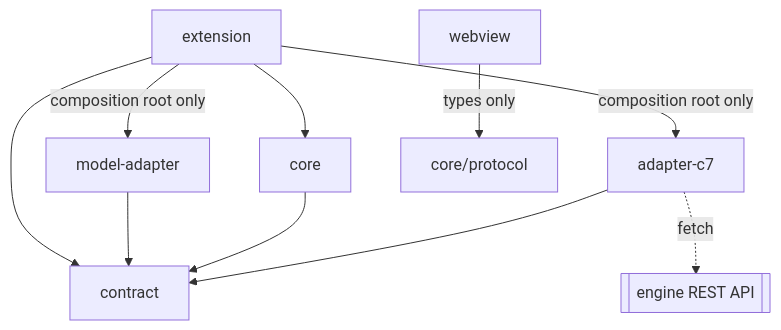
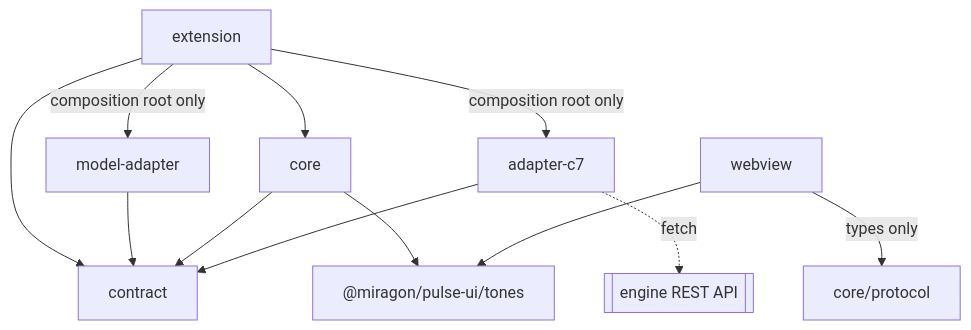
The first of 2 diagrams in apps/vscode/docs/adr/architecture.md (Miragon/pulse), drawn with Mermaid before and after one commit. The commit also changed other lines of this file and 69 other files, not shown here.

First line of the commit message:
refactor(ui)!: the tone ladder lives in @miragon/pulse-ui/tones

````diff
--- a/apps/vscode/docs/adr/architecture.md
+++ b/apps/vscode/docs/adr/architecture.md
@@ -40,12 +40,14 @@
 ```mermaid
 flowchart TB
   extension --> core
   extension --> contract
   extension -- composition root only --> adapterC7[adapter-c7]
   extension -- composition root only --> modelAdapter[model-adapter]
   modelAdapter --> contract
   core --> contract
+  core --> tones["@miragon/pulse-ui/tones"]
   webview -- types only --> protocol[core/protocol]
+  webview --> tones
   adapterC7 --> contract
   adapterC7 -. "fetch" .-> rest[[engine REST API]]
 ```
````
